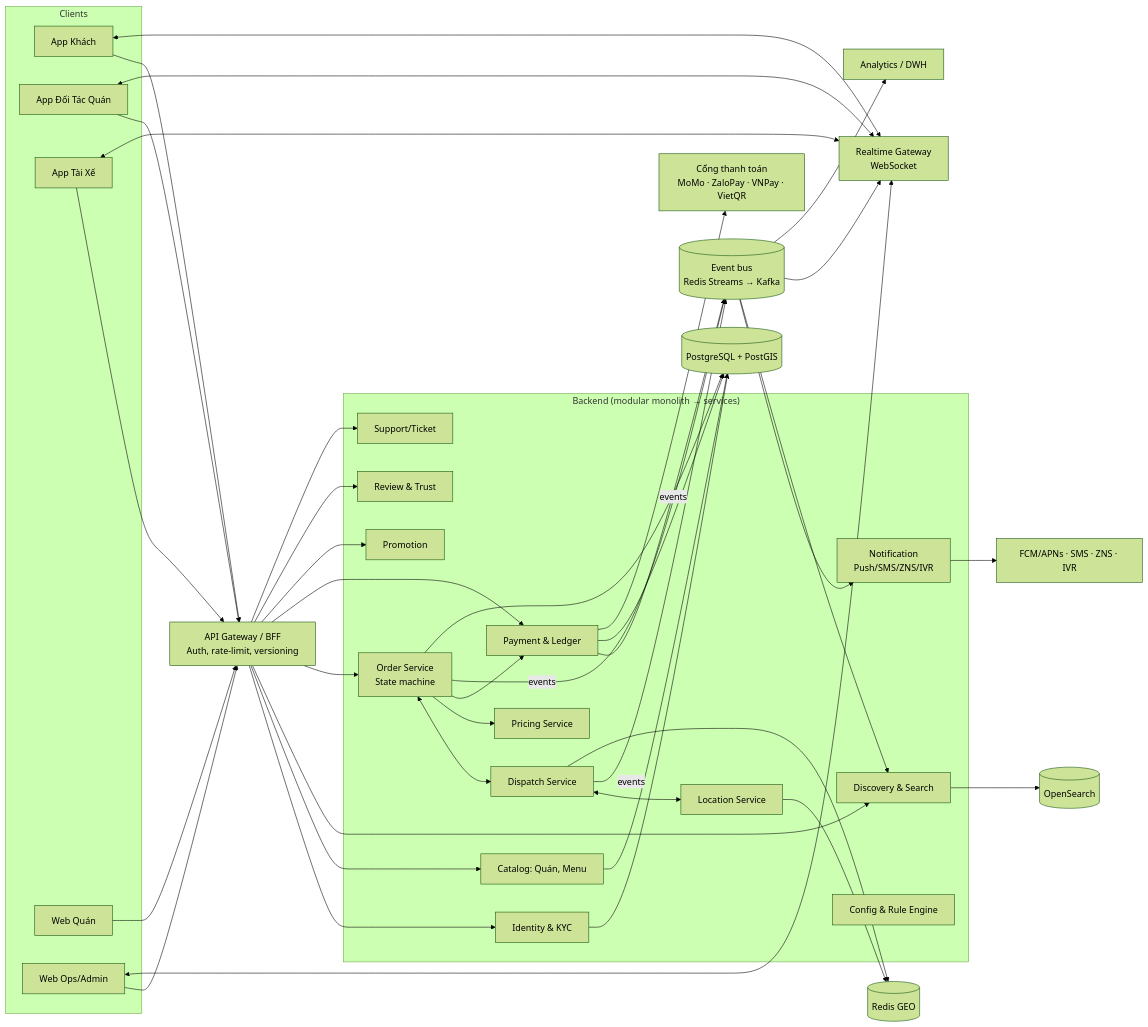
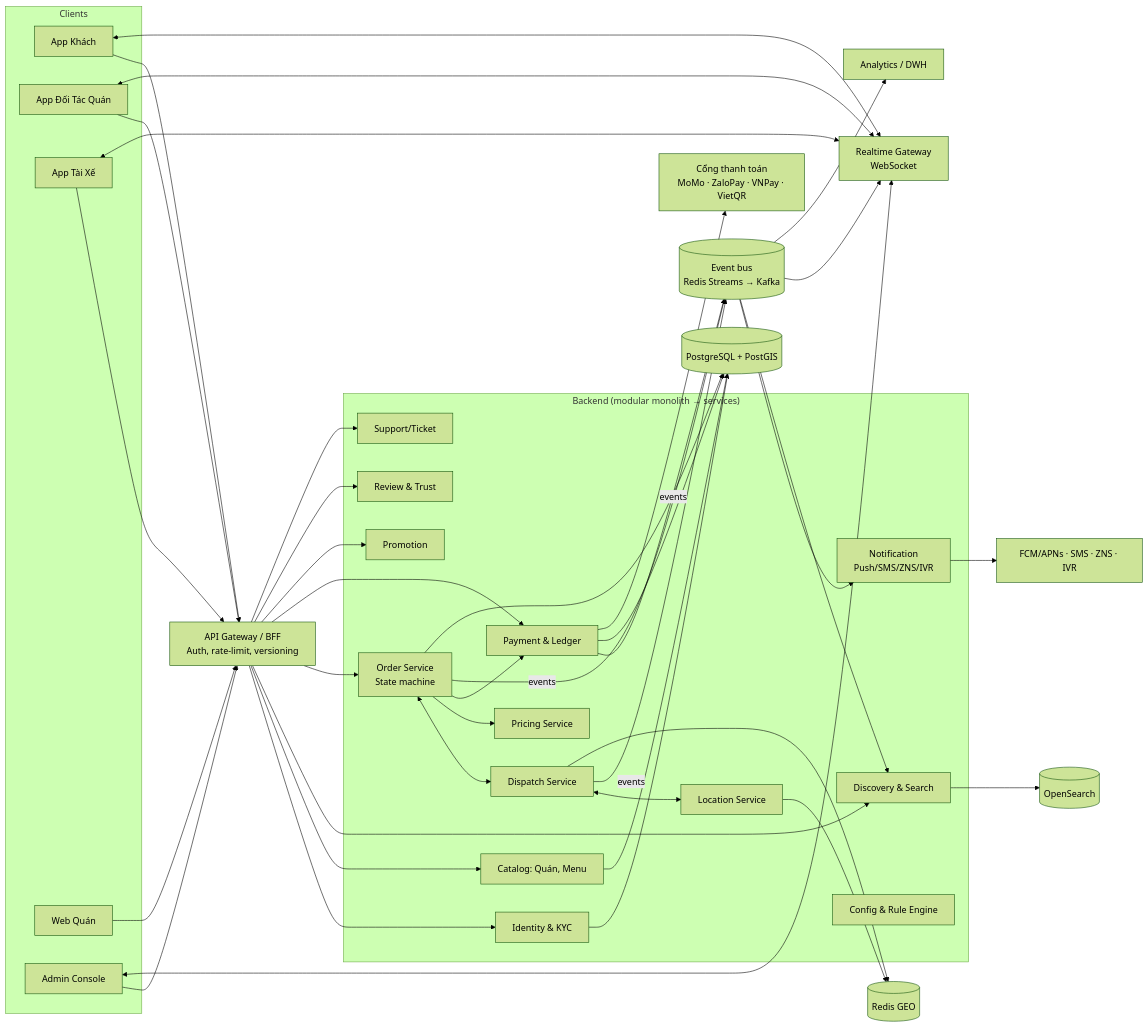
The diagram in docs/05-kien-truc-ky-thuat.md (tuongspithue/tuongspithue), drawn with Mermaid (forest theme) before and after one commit. The commit also changed other lines of this file and 12 other files, not shown here.

````diff
--- a/docs/05-kien-truc-ky-thuat.md
+++ b/docs/05-kien-truc-ky-thuat.md
@@ -33,44 +33,44 @@
 ```mermaid
 flowchart LR
     subgraph Clients
       A1[App Khách]
       A2[App Đối Tác Quán]
       A3[App Tài Xế]
       W1[Web Quán]
-      W2[Web Ops/Admin]
+      W2[Admin Console]
     end
 
     A1 & A2 & A3 & W1 & W2 --> GW[API Gateway / BFF<br/>Auth, rate-limit, versioning]
     A1 & A2 & A3 & W2 <--> RT[Realtime Gateway<br/>WebSocket]
 
     subgraph Core["Backend (modular monolith → services)"]
       ID[Identity & KYC]
       CAT[Catalog: Quán, Menu]
       DISC[Discovery & Search]
       ORD[Order Service<br/>State machine]
       DSP[Dispatch Service]
       LOC[Location Service]
       PRC[Pricing Service]
       PAY[Payment & Ledger]
       PRM[Promotion]
       NTF[Notification<br/>Push/SMS/ZNS/IVR]
       RVW[Review & Trust]
       SUP[Support/Ticket]
       CFG[Config & Rule Engine]
     end
 
     GW --> ID & CAT & DISC & ORD & PAY & PRM & RVW & SUP
     ORD <--> DSP
     DSP <--> LOC
     ORD --> PRC
     ORD --> PAY
 
     ORD & DSP & PAY -- events --> BUS[(Event bus<br/>Redis Streams → Kafka)]
     BUS --> NTF & RT & DISC & AN[Analytics / DWH]
 
     ORD & PAY & CAT & ID --> PG[(PostgreSQL + PostGIS)]
     LOC & DSP --> RD[(Redis GEO)]
     DISC --> ES[(OpenSearch)]
     NTF --> EXT[FCM/APNs · SMS · ZNS · IVR]
     PAY --> PGW[Cổng thanh toán<br/>MoMo · ZaloPay · VNPay · VietQR]
 ```
````
